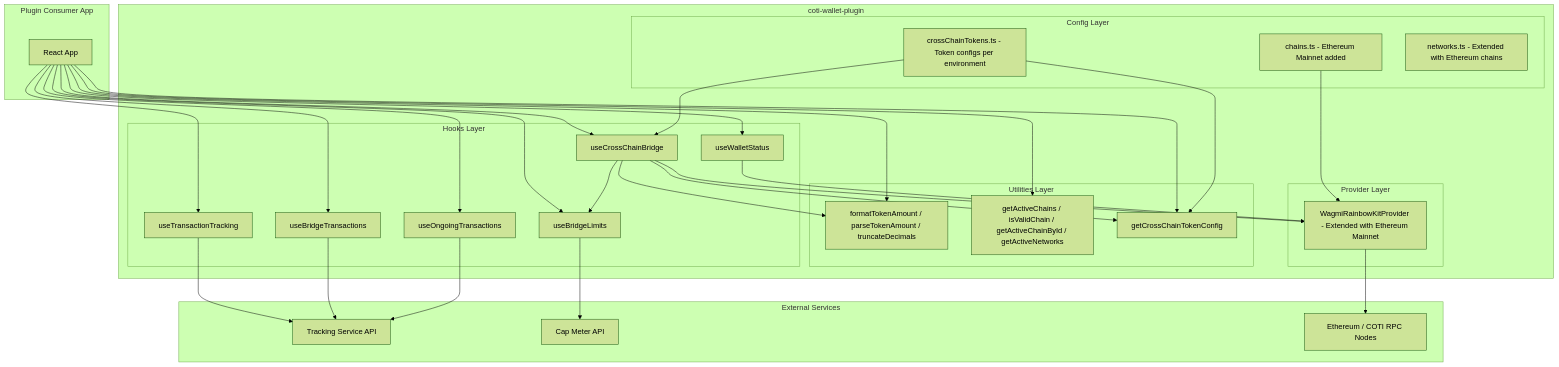
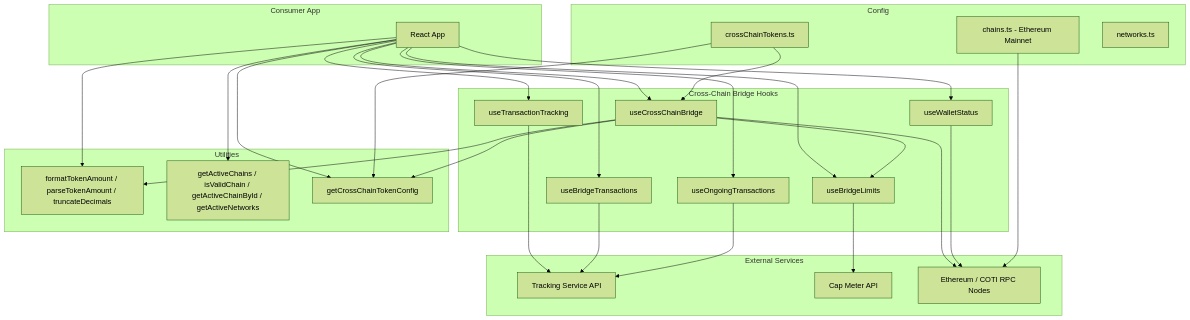
The third of 3 diagrams in README.md (coti-io/coti-wallet-plugin), drawn with Mermaid (forest theme) before and after one commit. The commit also changed other lines of this file, not shown here.

Commit message:
docs: add separate architecture diagrams for Wallet, Private Portal, and Cross-Chain Bridge

````diff
--- a/README.md
+++ b/README.md
@@ -176,64 +205,57 @@
 ```mermaid
 graph TD
-    subgraph Plugin Consumer App
+    subgraph Consumer App
         A[React App]
     end
 
-    subgraph coti-wallet-plugin
-        subgraph Hooks Layer
-            H1[useCrossChainBridge]
-            H2[useTransactionTracking]
-            H3[useBridgeTransactions]
-            H4[useBridgeLimits]
-            H5[useWalletStatus]
-            H6[useOngoingTransactions]
-        end
+    subgraph Cross-Chain Bridge Hooks
+        H1[useCrossChainBridge]
+        H2[useTransactionTracking]
+        H3[useBridgeTransactions]
+        H4[useBridgeLimits]
+        H5[useWalletStatus]
+        H6[useOngoingTransactions]
+    end
 
-        subgraph Utilities Layer
-            U1[formatTokenAmount / parseTokenAmount / truncateDecimals]
-            U2[getActiveChains / isValidChain / getActiveChainById / getActiveNetworks]
-            U3[getCrossChainTokenConfig]
-        end
+    subgraph Utilities
+        U1[formatTokenAmount / parseTokenAmount / truncateDecimals]
+        U2[getActiveChains / isValidChain / getActiveChainById / getActiveNetworks]
+        U3[getCrossChainTokenConfig]
+    end
 
-        subgraph Config Layer
-            C1[chains.ts - Ethereum Mainnet added]
-            C2[crossChainTokens.ts - Token configs per environment]
-            C3[networks.ts - Extended with Ethereum chains]
-        end
-
-        subgraph Provider Layer
-            P1[WagmiRainbowKitProvider - Extended with Ethereum Mainnet]
-        end
+    subgraph Config
+        C1[chains.ts - Ethereum Mainnet]
+        C2[crossChainTokens.ts]
+        C3[networks.ts]
     end
 
     subgraph External Services
         E1[Tracking Service API]
         E2[Cap Meter API]
         E3[Ethereum / COTI RPC Nodes]
     end
 
     A --> H1
     A --> H2
     A --> H3
     A --> H4
     A --> H5
     A --> H6
     A --> U1
     A --> U2
     A --> U3
 
-    H1 --> P1
     H1 --> U1
     H1 --> U3
     H1 --> H4
+    H1 --> E3
     H2 --> E1
     H3 --> E1
     H4 --> E2
-    H5 --> P1
+    H5 --> E3
     H6 --> E1
 
-    P1 --> E3
-    C1 --> P1
     C2 --> H1
     C2 --> U3
+    C1 --> E3
 ```
````
